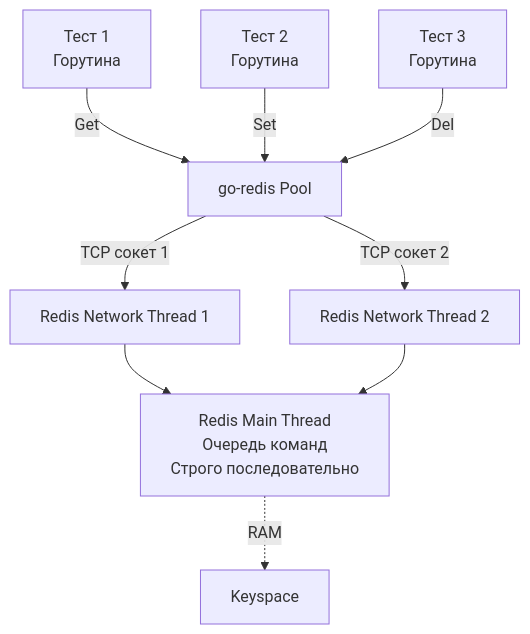
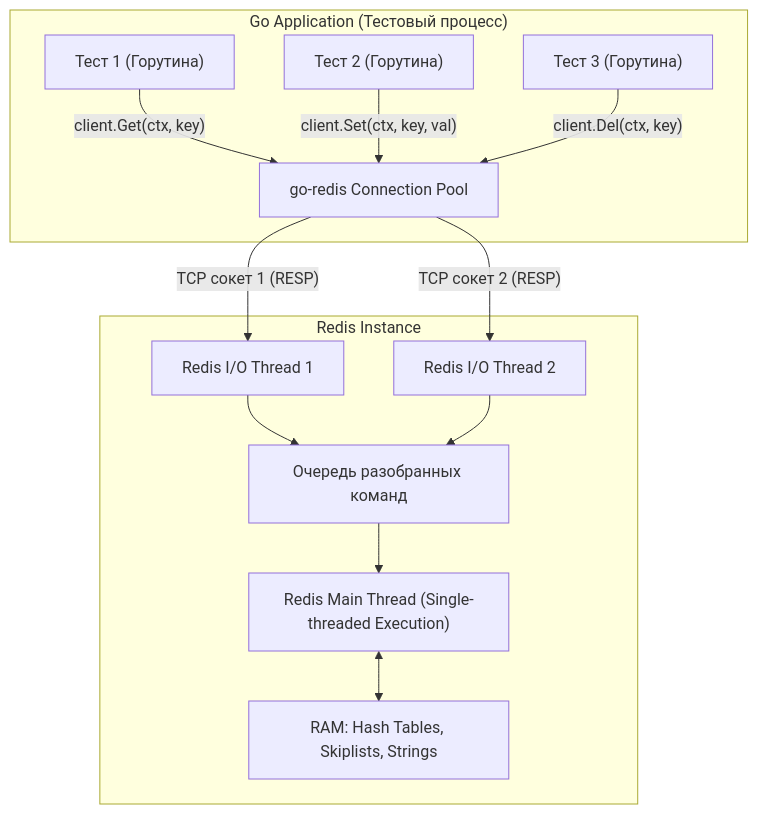
The diagram in sources/15. Тестирование в Go (QA & Testing)/05. Интеграционные тесты/6. Тестирование Redis.md (UnrealTemplier/go-textbook), drawn with Mermaid before and after one commit. The commit also changed other lines of this file, not shown here.

Commit message:
feat(module-15): editorial rewrite of lecture 6 (Тестирование Redis) in Subsection 5 in Kernighan style

````diff
--- a/sources/15. Тестирование в Go (QA & Testing)/05. Интеграционные тесты/6. Тестирование Redis.md
+++ b/sources/15. Тестирование в Go (QA & Testing)/05. Интеграционные тесты/6. Тестирование Redis.md
@@ -22,14 +36,18 @@
 ```mermaid
 flowchart TD
-    A["Тест 1<br>Горутина"] -->|Get| D["go-redis Pool"]
-    B["Тест 2<br>Горутина"] -->|Set| D
-    C["Тест 3<br>Горутина"] -->|Del| D
-    
-    D -->|"TCP сокет 1"| E["Redis Network Thread 1"]
-    D -->|"TCP сокет 2"| F["Redis Network Thread 2"]
-    
-    E --> G["Redis Main Thread<br>Очередь команд<br>Строго последовательно"]
-    F --> G
-    
-    G -.->|"RAM"| H["Keyspace"]
+    subgraph App["Go Application (Тестовый процесс)"]
+        T1["Тест 1 (Горутина)"] -->|"client.Get(ctx, key)"| Pool["go-redis Connection Pool"]
+        T2["Тест 2 (Горутина)"] -->|"client.Set(ctx, key, val)"| Pool
+        T3["Тест 3 (Горутина)"] -->|"client.Del(ctx, key)"| Pool
+    end
+
+    Pool -->|"TCP сокет 1 (RESP)"| IO1["Redis I/O Thread 1"]
+    Pool -->|"TCP сокет 2 (RESP)"| IO2["Redis I/O Thread 2"]
+
+    subgraph RedisServer["Redis Instance"]
+        IO1 --> Queue["Очередь разобранных команд"]
+        IO2 --> Queue
+        Queue --> MainThread["Redis Main Thread (Single-threaded Execution)"]
+        MainThread <--> Memory["RAM: Hash Tables, Skiplists, Strings"]
+    end
 ```
````
